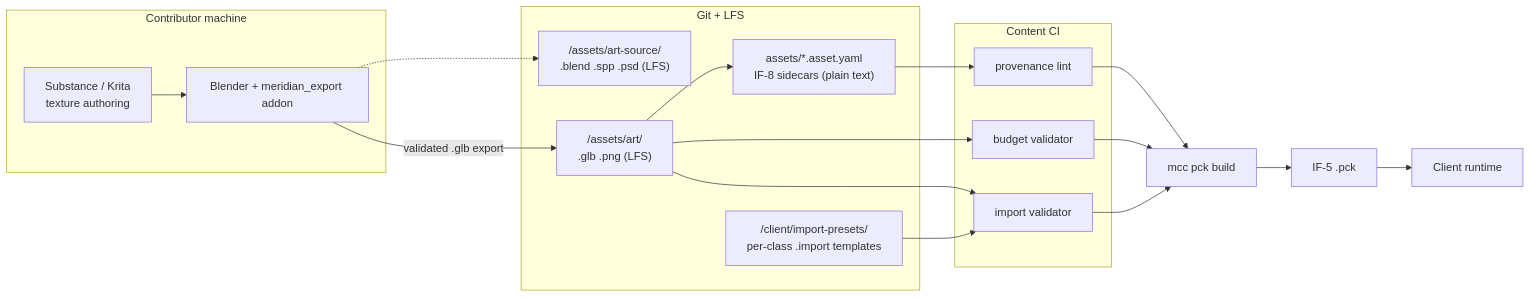
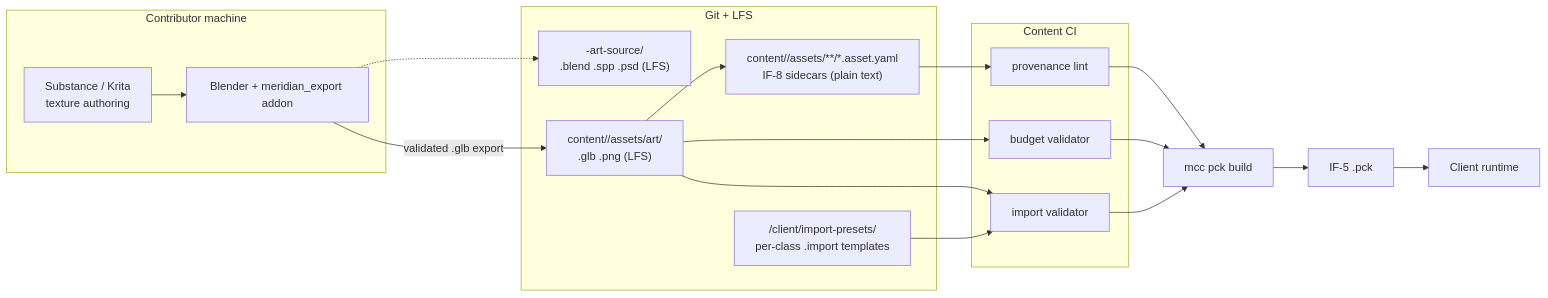
The first of 4 diagrams in docs/sad/art-sad.md (kwilliams312/project_meridian), drawn with Mermaid before and after one commit. The commit also changed other lines of this file and 4 other files, not shown here.

Commit message:
Resolve A-15: asset source lives pack-local at content/<ns>/assets (#73)

````diff
--- a/docs/sad/art-sad.md
+++ b/docs/sad/art-sad.md
@@ -35,35 +35,35 @@
 ```mermaid
 flowchart LR
     subgraph DCC [Contributor machine]
         B[Blender + meridian_export addon]
         S["Substance / Krita<br/>texture authoring"]
     end
     subgraph Repo [Git + LFS]
-        SRC["/assets/art-source/<br/>.blend .spp .psd (LFS)"]
-        GLB["/assets/art/<br/>.glb .png (LFS)"]
-        SC["assets/*.asset.yaml<br/>IF-8 sidecars (plain text)"]
+        SRC["<ns>-art-source/<br/>.blend .spp .psd (LFS)"]
+        GLB["content/<ns>/assets/art/<br/>.glb .png (LFS)"]
+        SC["content/<ns>/assets/**/*.asset.yaml<br/>IF-8 sidecars (plain text)"]
         IP["/client/import-presets/<br/>per-class .import templates"]
     end
     subgraph CI [Content CI]
         L1[provenance lint]
         L2[budget validator]
         L3[import validator]
     end
     M[mcc pck build]
     PCK[IF-5 .pck]
     C[Client runtime]
 
     B -- "validated .glb export" --> GLB
     S --> B
     B -.-> SRC
     GLB --> SC
     SC --> L1
     GLB --> L2
     GLB --> L3
     IP --> L3
     L1 --> M
     L2 --> M
     L3 --> M
     M --> PCK
     PCK --> C
 ```
````
